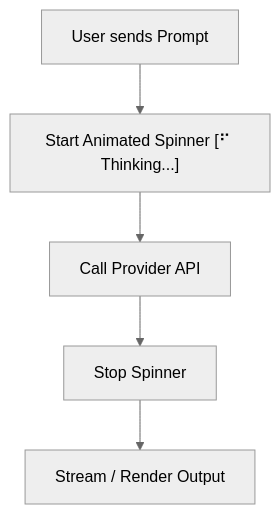
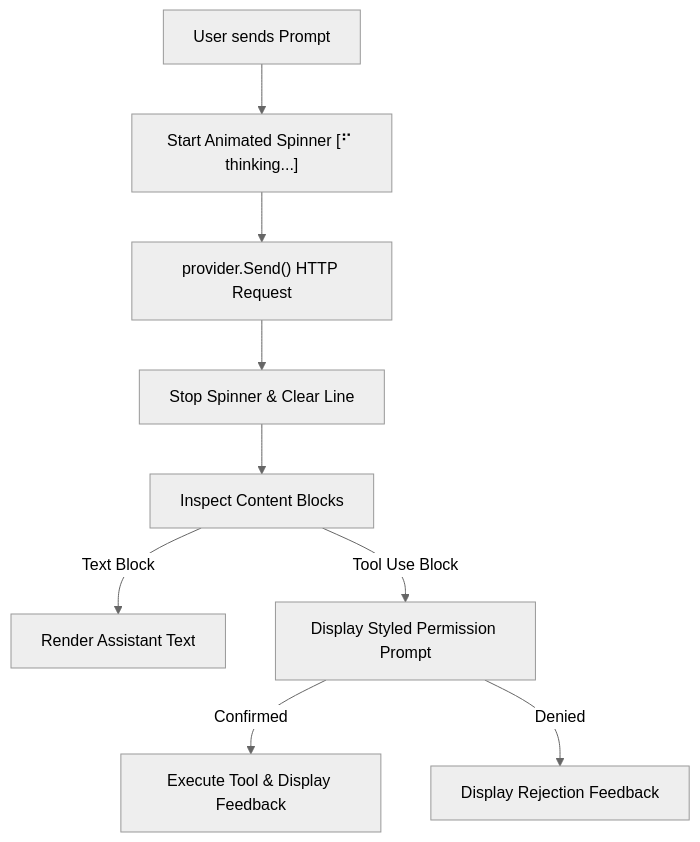
One commit to AntonioHellin/phi-code-agent changed the first of 2 diagrams in docs/steps/04-terminal-polish.md. Above: the diagram before and after it, drawn with Mermaid (neutral theme). The commit also changed other lines of this file and 2 other files, not shown here.

Commit message:
step/04-terminal-polish: feat: add terminal UI polish, session banner, and styled permission prompts

````diff
--- a/docs/steps/04-terminal-polish.md
+++ b/docs/steps/04-terminal-polish.md
@@ -12,7 +12,11 @@
 ```mermaid
 flowchart TD
-    Prompt["User sends Prompt"] --> SpinnerStart["Start Animated Spinner [⠋ Thinking...]"]
-    SpinnerStart --> API["Call Provider API"]
-    API --> SpinnerStop["Stop Spinner"]
-    SpinnerStop --> Render["Stream / Render Output"]
+    Prompt["User sends Prompt"] --> SpinnerStart["Start Animated Spinner [⠋ thinking...]"]
+    SpinnerStart --> API["provider.Send() HTTP Request"]
+    API --> SpinnerStop["Stop Spinner & Clear Line"]
+    SpinnerStop --> Inspect["Inspect Content Blocks"]
+    Inspect -->|Text Block| Render["Render Assistant Text"]
+    Inspect -->|Tool Use Block| Perm["Display Styled Permission Prompt"]
+    Perm -->|Confirmed| Exec["Execute Tool & Display Feedback"]
+    Perm -->|Denied| Deny["Display Rejection Feedback"]
 ```
````
